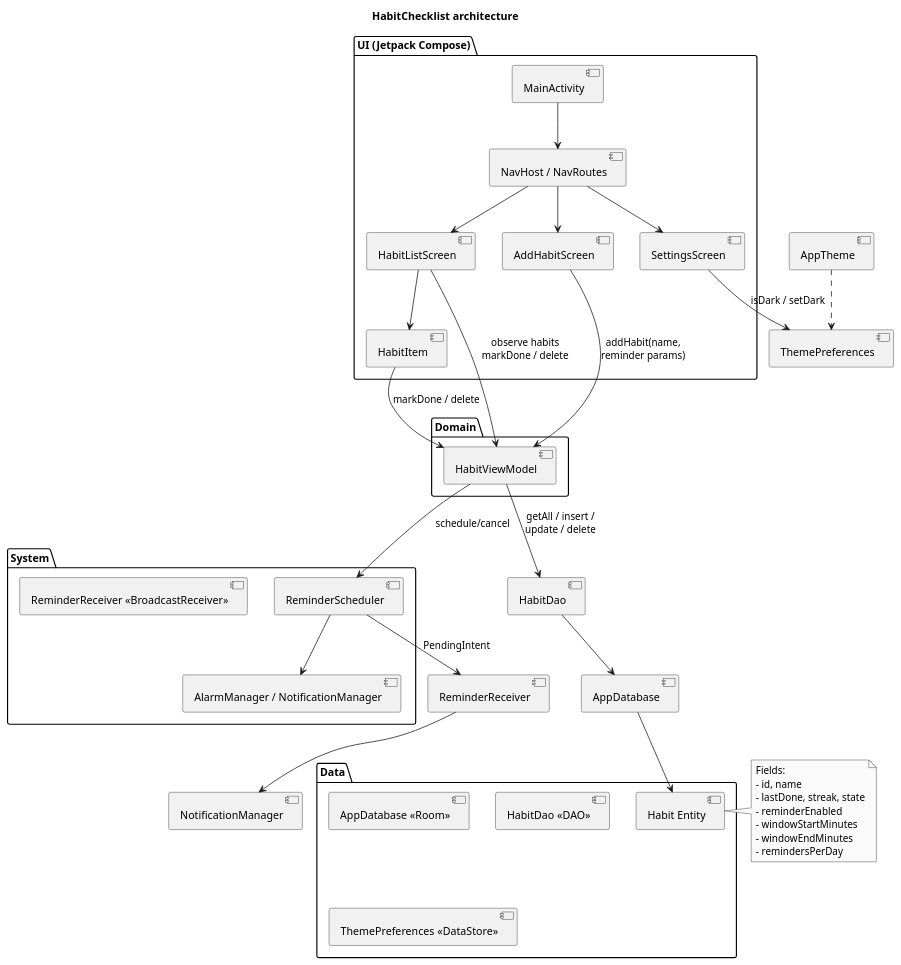
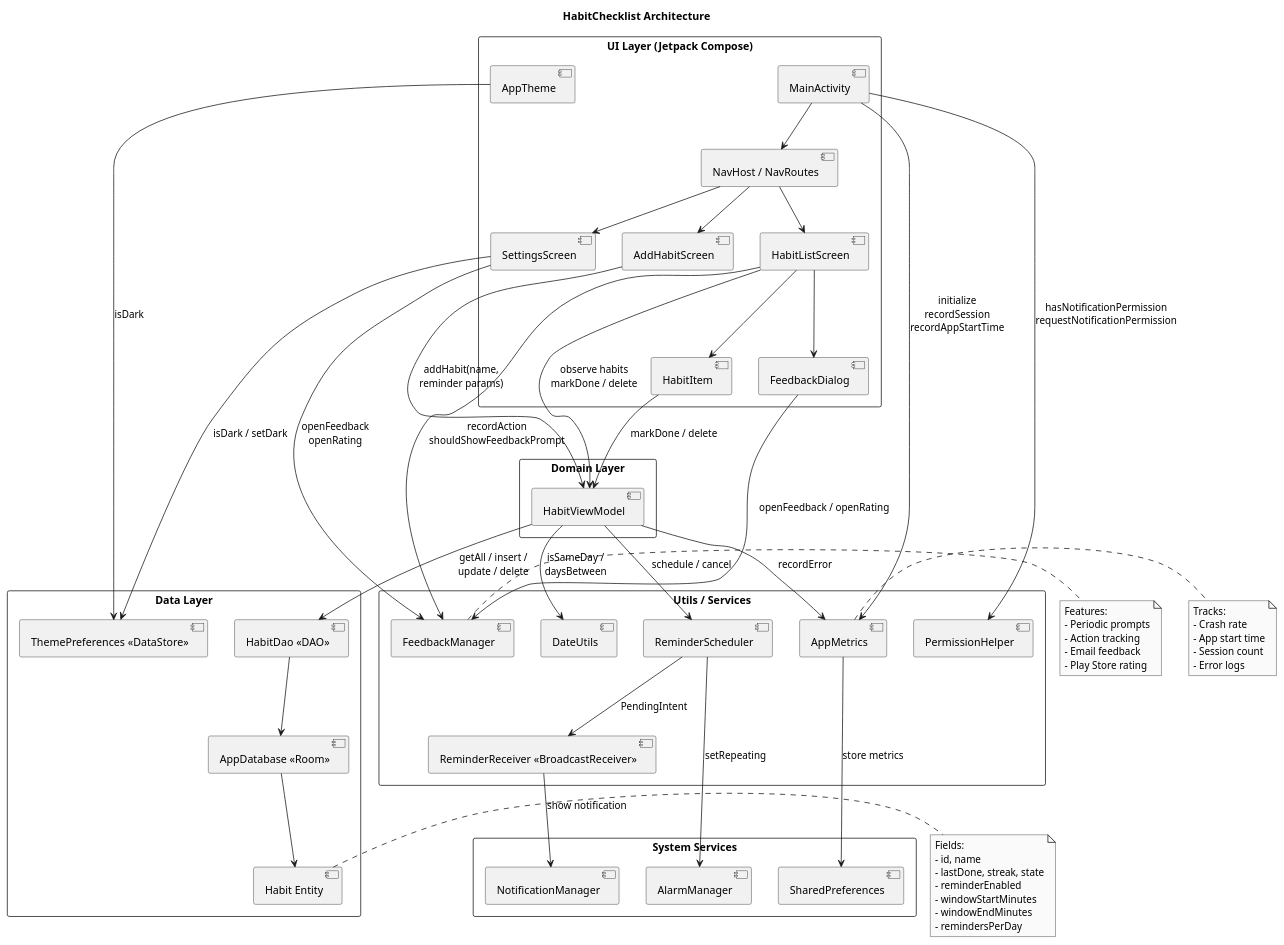
Before and after one commit to Dbyavol/HabitChecklist: the diagram in architecture.puml, drawn with PlantUML. The commit also changed 25 other files, not shown here.

```diff
--- a/architecture.puml
+++ b/architecture.puml
@@ -1,63 +1,113 @@
 @startuml
-title HabitChecklist architecture
+title HabitChecklist Architecture
 skinparam monochrome true
 skinparam shadowing false
+skinparam packageStyle rectangle
 
-package "UI (Jetpack Compose)" {
-  [MainActivity]
-  [NavHost / NavRoutes]
-  [HabitListScreen]
-  [AddHabitScreen]
-  [SettingsScreen]
-  [HabitItem]
+package "UI Layer (Jetpack Compose)" {
+  [MainActivity] as MainActivity
+  [NavHost / NavRoutes] as NavHost
+  [HabitListScreen] as HabitListScreen
+  [AddHabitScreen] as AddHabitScreen
+  [SettingsScreen] as SettingsScreen
+  [HabitItem] as HabitItem
+  [FeedbackDialog] as FeedbackDialog
+  [AppTheme] as AppTheme
 }
 
-package "Domain" {
-  [HabitViewModel]
+package "Domain Layer" {
+  [HabitViewModel] as HabitViewModel
 }
 
-package "Data" {
-  [AppDatabase <<Room>>]
-  [HabitDao <<DAO>>]
-  [Habit Entity]
-  [ThemePreferences <<DataStore>>]
+package "Data Layer" {
+  [AppDatabase <<Room>>] as AppDatabase
+  [HabitDao <<DAO>>] as HabitDao
+  [Habit Entity] as HabitEntity
+  [ThemePreferences <<DataStore>>] as ThemePreferences
 }
 
-package "System" {
-  [ReminderScheduler]
-  [ReminderReceiver <<BroadcastReceiver>>]
-  [AlarmManager / NotificationManager]
+package "Utils / Services" {
+  [DateUtils] as DateUtils
+  [ReminderScheduler] as ReminderScheduler
+  [ReminderReceiver <<BroadcastReceiver>>] as ReminderReceiver
+  [AppMetrics] as AppMetrics
+  [FeedbackManager] as FeedbackManager
+  [PermissionHelper] as PermissionHelper
 }
 
-[MainActivity] --> [NavHost / NavRoutes]
-[NavHost / NavRoutes] --> [HabitListScreen]
-[NavHost / NavRoutes] --> [AddHabitScreen]
-[NavHost / NavRoutes] --> [SettingsScreen]
-[HabitListScreen] --> [HabitItem]
-[HabitListScreen] --> [HabitViewModel] : observe habits\nmarkDone / delete
-[AddHabitScreen] --> [HabitViewModel] : addHabit(name,\nreminder params)
-[SettingsScreen] --> [ThemePreferences] : isDark / setDark
+package "System Services" {
+  [AlarmManager] as AlarmManager
+  [NotificationManager] as NotificationManager
+  [SharedPreferences] as SharedPrefs
+}
 
-[HabitViewModel] --> [HabitDao] : getAll / insert /\nupdate / delete
-[HabitViewModel] --> [ReminderScheduler] : schedule/cancel
-[HabitDao] --> [AppDatabase]
-[AppDatabase] --> [Habit Entity]
+' Navigation flow
+MainActivity --> NavHost
+NavHost --> HabitListScreen
+NavHost --> AddHabitScreen
+NavHost --> SettingsScreen
+HabitListScreen --> HabitItem
+HabitListScreen --> FeedbackDialog
 
-[ReminderScheduler] --> [AlarmManager / NotificationManager]
-[ReminderScheduler] --> [ReminderReceiver] : PendingIntent
-[ReminderReceiver] --> [NotificationManager]
+' UI to ViewModel
+HabitListScreen --> HabitViewModel : observe habits\nmarkDone / delete
+AddHabitScreen --> HabitViewModel : addHabit(name,\nreminder params)
+HabitItem --> HabitViewModel : markDone / delete
 
-[HabitItem] --> [HabitViewModel] : markDone / delete
-[AppTheme] ..> [ThemePreferences]
+' ViewModel to Data
+HabitViewModel --> HabitDao : getAll / insert /\nupdate / delete
+HabitViewModel --> ReminderScheduler : schedule / cancel
+HabitViewModel --> DateUtils : isSameDay /\ndaysBetween
+HabitViewModel --> AppMetrics : recordError
 
-note right of [Habit Entity]
+' Data layer
+HabitDao --> AppDatabase
+AppDatabase --> HabitEntity
+SettingsScreen --> ThemePreferences : isDark / setDark
+AppTheme --> ThemePreferences : isDark
+
+' Reminder system
+ReminderScheduler --> AlarmManager : setRepeating
+ReminderScheduler --> ReminderReceiver : PendingIntent
+ReminderReceiver --> NotificationManager : show notification
+
+' Metrics and Feedback
+MainActivity --> AppMetrics : initialize\nrecordSession\nrecordAppStartTime
+HabitListScreen --> FeedbackManager : recordAction\nshouldShowFeedbackPrompt
+SettingsScreen --> FeedbackManager : openFeedback\nopenRating
+FeedbackDialog --> FeedbackManager : openFeedback / openRating
+AppMetrics --> SharedPrefs : store metrics
+
+' Permissions
+MainActivity --> PermissionHelper : hasNotificationPermission\nrequestNotificationPermission
+
+' Note about Habit Entity
+note right of HabitEntity
 Fields:
 - id, name
 - lastDone, streak, state
 - reminderEnabled
 - windowStartMinutes
 - windowEndMinutes
 - remindersPerDay
 end note
 
+' Note about AppMetrics
+note right of AppMetrics
+Tracks:
+- Crash rate
+- App start time
+- Session count
+- Error logs
+end note
+
+' Note about FeedbackManager
+note right of FeedbackManager
+Features:
+- Periodic prompts
+- Action tracking
+- Email feedback
+- Play Store rating
+end note
+
 @enduml
```
